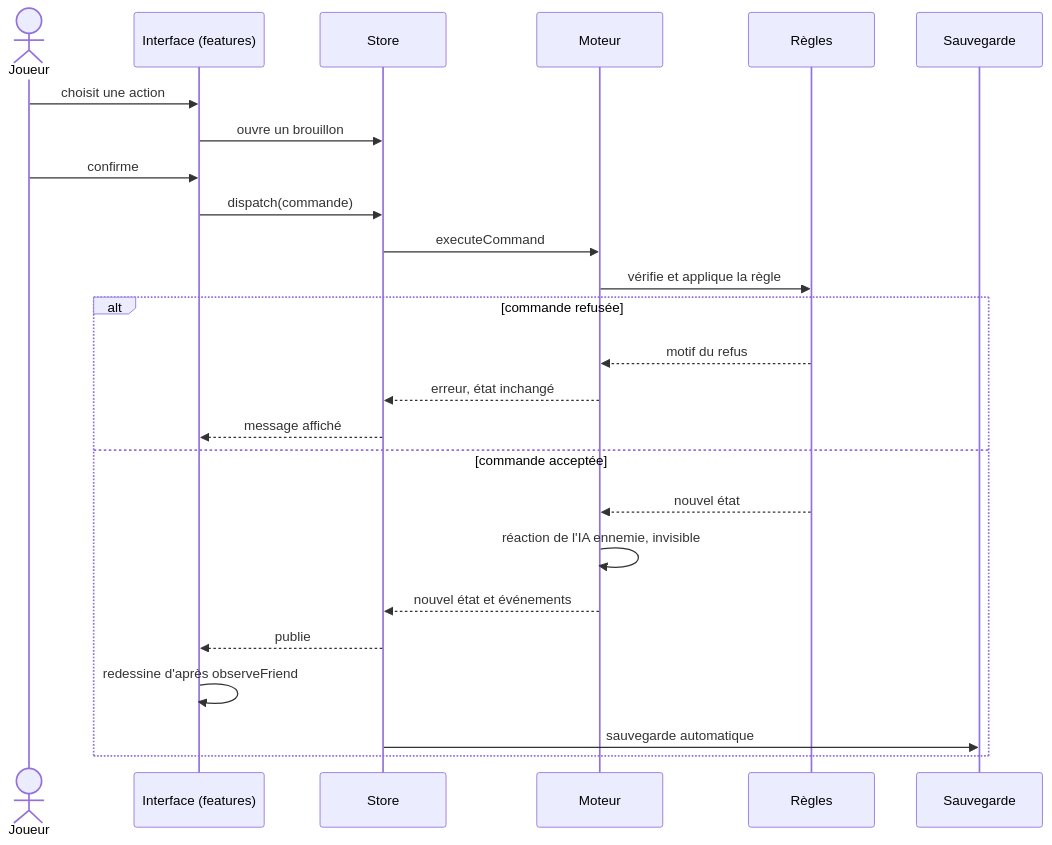
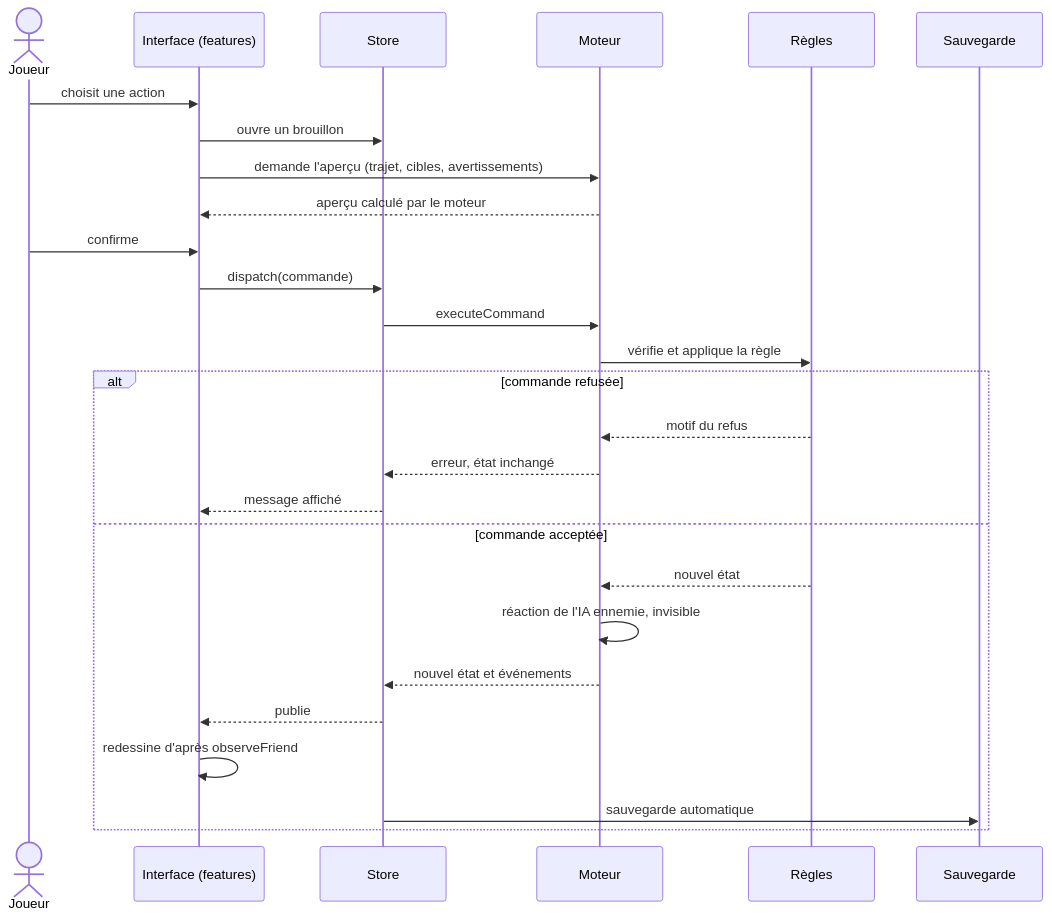
One commit to peangoulvant/Tacticoop changed the diagram in docs/diagrams/03-flux-commande.md. Above: the diagram before and after it, drawn with Mermaid. The commit also changed other lines of this file and 45 other files, not shown here.

````diff
--- a/docs/diagrams/03-flux-commande.md
+++ b/docs/diagrams/03-flux-commande.md
@@ -7,33 +7,35 @@
 ```mermaid
 ---
 config:
   theme: default
   look: classic
 ---
 sequenceDiagram
     actor J as Joueur
     participant UI as Interface (features)
     participant S as Store
     participant M as Moteur
     participant R as Règles
     participant P as Sauvegarde
 
     J->>UI: choisit une action
     UI->>S: ouvre un brouillon
+    UI->>M: demande l'aperçu (trajet, cibles, avertissements)
+    M-->>UI: aperçu calculé par le moteur
     J->>UI: confirme
     UI->>S: dispatch(commande)
     S->>M: executeCommand
     M->>R: vérifie et applique la règle
     alt commande refusée
         R-->>M: motif du refus
         M-->>S: erreur, état inchangé
         S-->>UI: message affiché
     else commande acceptée
         R-->>M: nouvel état
         M->>M: réaction de l'IA ennemie, invisible
         M-->>S: nouvel état et événements
         S-->>UI: publie
         UI->>UI: redessine d'après observeFriend
         S->>P: sauvegarde automatique
     end
 ```
````
